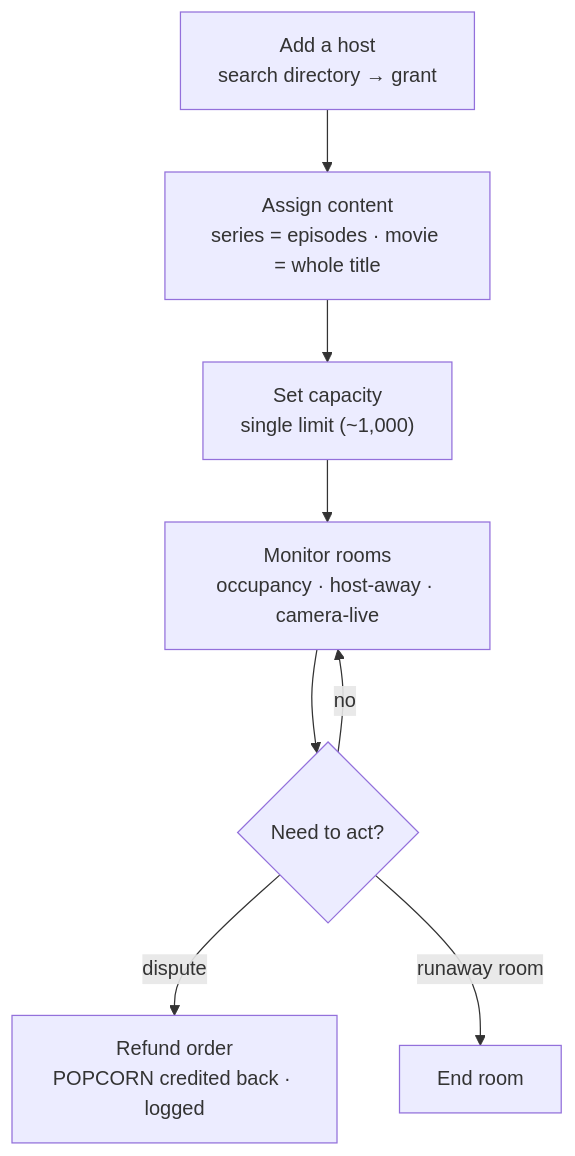
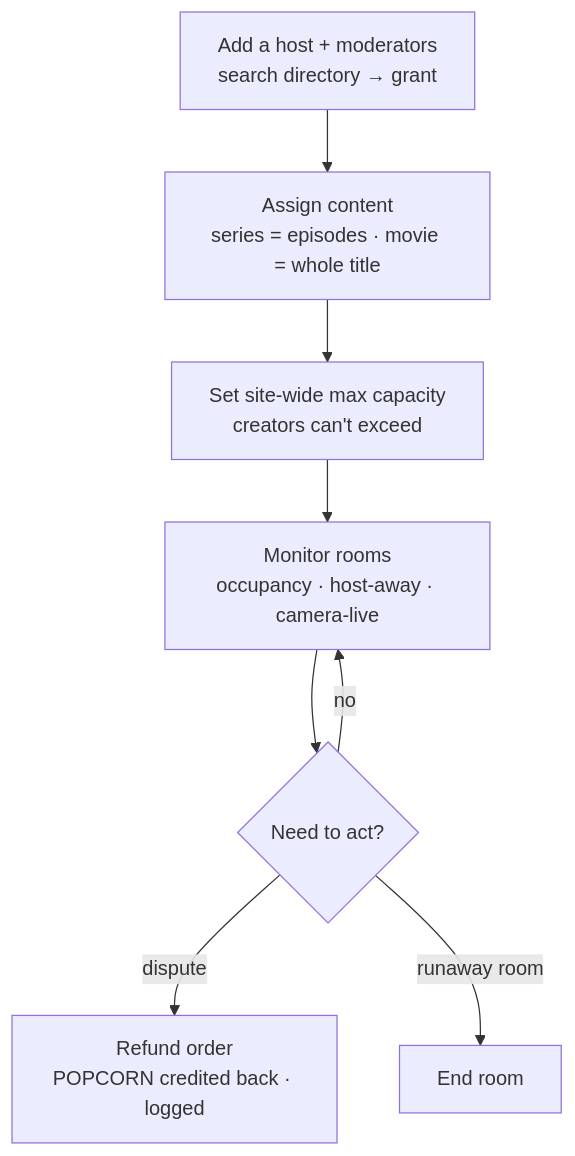
The first of 3 diagrams in draft/watch-party/prototype/_docs/BRD/watch-party/Biz.md (ztor20/Features), drawn with Mermaid before and after one commit. The commit also changed other lines of this file and 9 other files, not shown here.

````diff
--- a/draft/watch-party/prototype/_docs/BRD/watch-party/Biz.md
+++ b/draft/watch-party/prototype/_docs/BRD/watch-party/Biz.md
@@ -12,10 +12,10 @@
 ```mermaid
 flowchart TD
-  A["Add a host<br/>search directory → grant"] --> B["Assign content<br/>series = episodes · movie = whole title"]
-  B --> C["Set capacity<br/>single limit (~1,000)"]
+  A["Add a host + moderators<br/>search directory → grant"] --> B["Assign content<br/>series = episodes · movie = whole title"]
+  B --> C["Set site-wide max capacity<br/>creators can't exceed"]
   C --> D["Monitor rooms<br/>occupancy · host-away · camera-live"]
   D --> E{"Need to act?"}
   E -- dispute --> F["Refund order<br/>POPCORN credited back · logged"]
   E -- runaway room --> G["End room"]
   E -- no --> D
 ```
````
